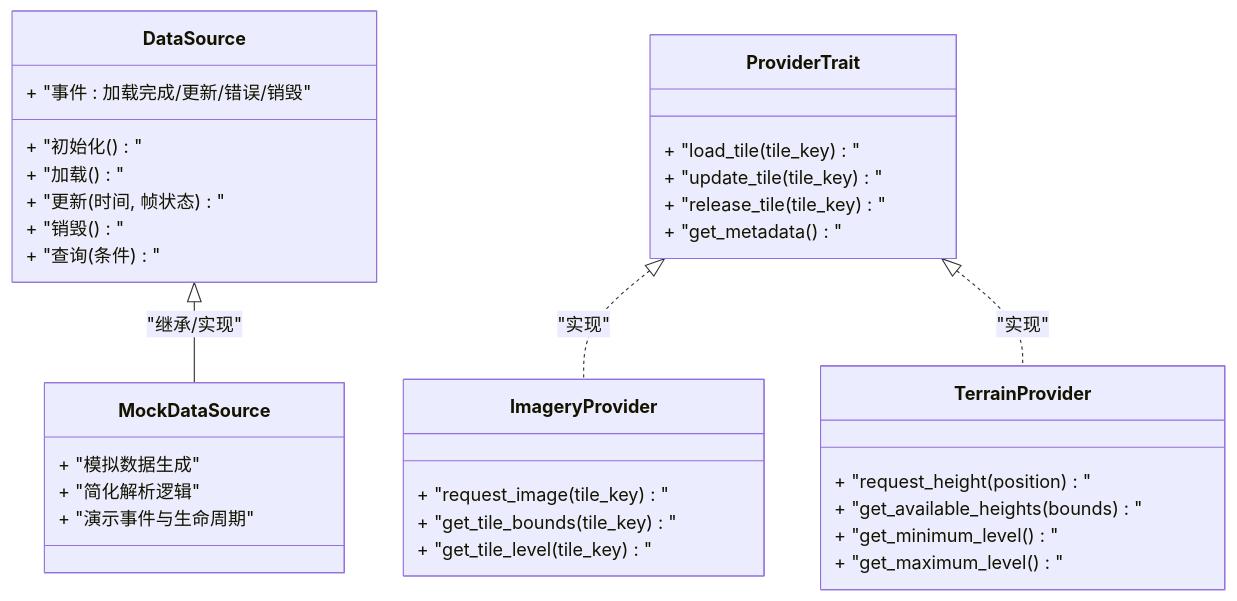
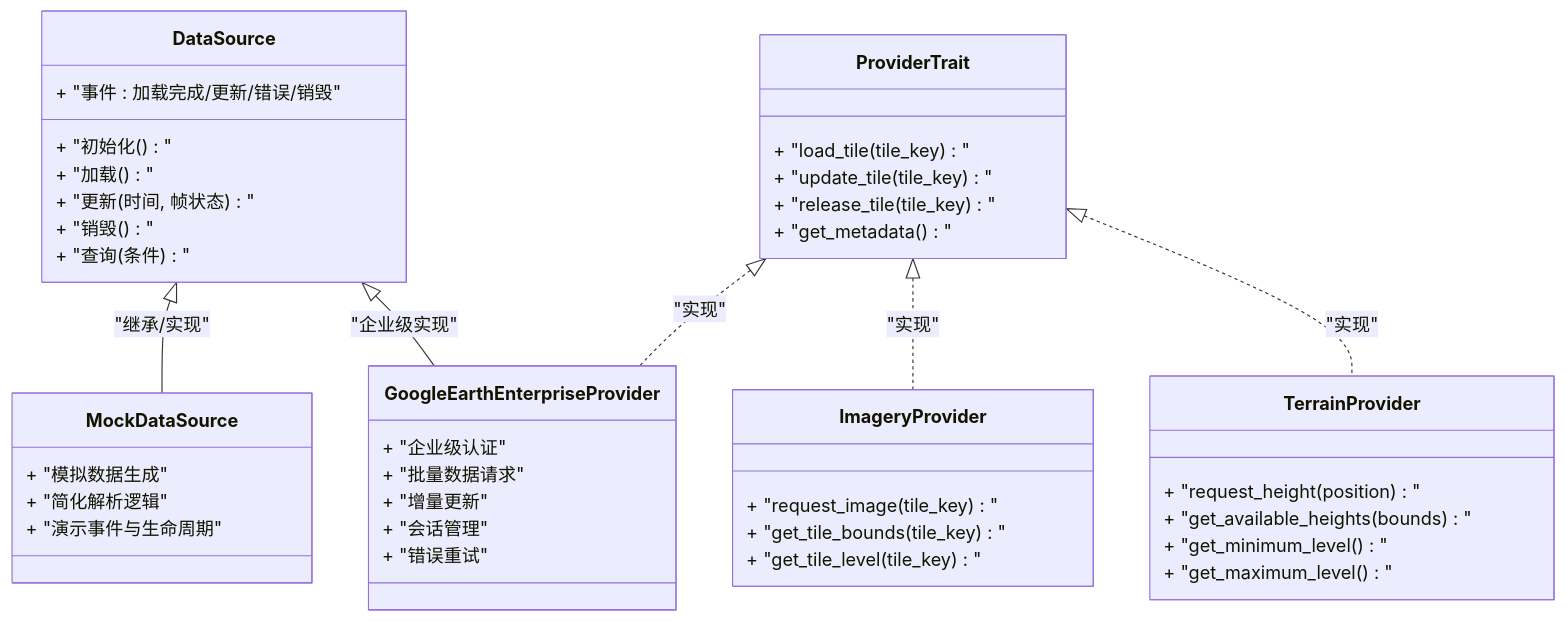
Before and after one commit to rzhangjing/cesium: the third of 7 diagrams in .qoder/repowiki/zh/content/数据提供者/数据提供者架构.md, drawn with Mermaid. The commit also changed other lines of this file and 32 other files, not shown here.

````diff
--- a/.qoder/repowiki/zh/content/数据提供者/数据提供者架构.md
+++ b/.qoder/repowiki/zh/content/数据提供者/数据提供者架构.md
@@ -156,36 +176,45 @@
 ```mermaid
 classDiagram
 class DataSource {
 + "初始化()"
 + "加载()"
 + "更新(时间, 帧状态)"
 + "销毁()"
 + "查询(条件)"
 + "事件 : 加载完成/更新/错误/销毁"
 }
 class MockDataSource {
 + "模拟数据生成"
 + "简化解析逻辑"
 + "演示事件与生命周期"
+}
+class GoogleEarthEnterpriseProvider {
++ "企业级认证"
++ "批量数据请求"
++ "增量更新"
++ "会话管理"
++ "错误重试"
 }
 class ProviderTrait {
 + "load_tile(tile_key)"
 + "update_tile(tile_key)"
 + "release_tile(tile_key)"
 + "get_metadata()"
 }
 class ImageryProvider {
 + "request_image(tile_key)"
 + "get_tile_bounds(tile_key)"
 + "get_tile_level(tile_key)"
 }
 class TerrainProvider {
 + "request_height(position)"
 + "get_available_heights(bounds)"
 + "get_minimum_level()"
 + "get_maximum_level()"
 }
 DataSource <|-- MockDataSource : "继承/实现"
+DataSource <|-- GoogleEarthEnterpriseProvider : "企业级实现"
 ProviderTrait <|.. ImageryProvider : "实现"
 ProviderTrait <|.. TerrainProvider : "实现"
+ProviderTrait <|.. GoogleEarthEnterpriseProvider : "实现"
 ```
````
